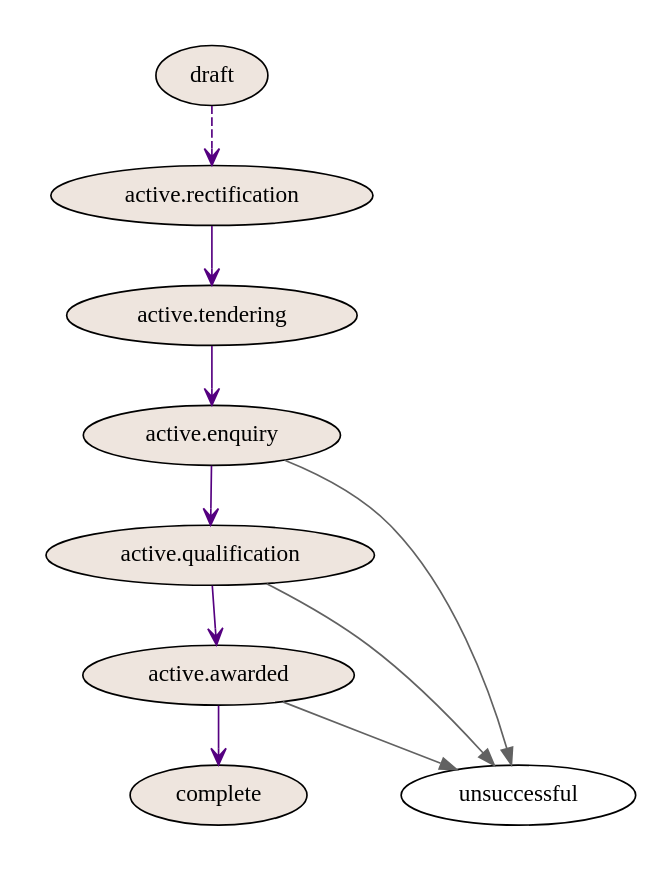
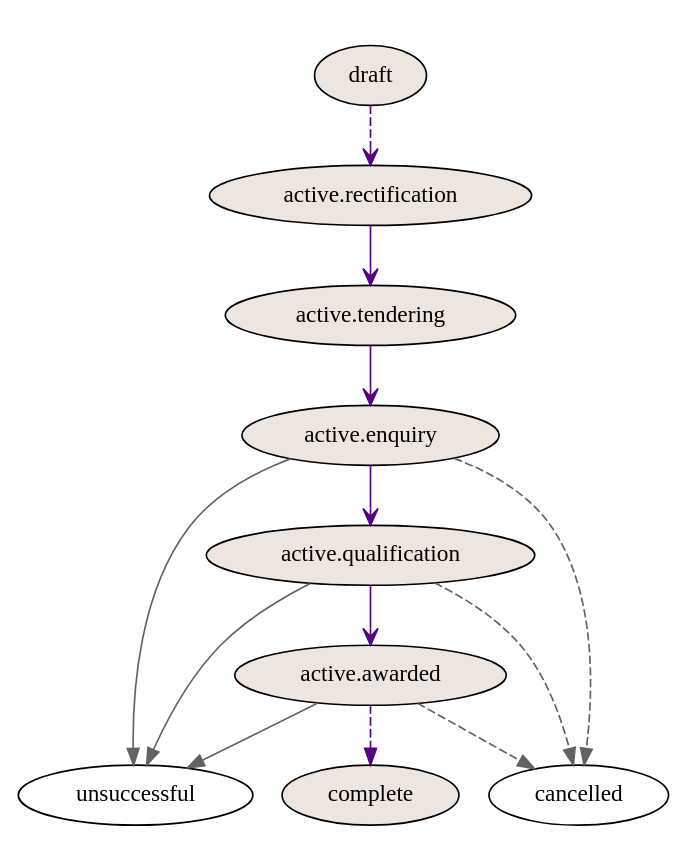
One commit to yevheniimoroziuk/openprocurement.auctions.geb changed the first of 2 diagrams in docs/source/procedureWorkflow.rst. Above: the diagram before and after it, drawn with Graphviz. The commit also changed other lines of this file and 1 other file, not shown here.

```diff
--- a/docs/source/procedureWorkflow.rst
+++ b/docs/source/procedureWorkflow.rst
@@ -16,26 +16,36 @@
 .. graphviz::
 
     digraph G {
         subgraph cluster_1 {
             node [style=filled, fillcolor=seashell2];
             edge[style=dashed,  arrowhead="vee"];
             "draft" -> "active.rectification" [color="0.7777 1.0000 0.5020"];
             edge[style=solid,  arrowhead="vee"];
             "active.rectification" -> "active.tendering" [color="0.7777 1.0000 0.5020"];
             edge[style=solid,  arrowhead="vee"];
             "active.tendering" -> "active.enquiry" [color="0.7777 1.0000 0.5020"];
             edge[style=solid,  arrowhead="vee"];
             "active.enquiry" -> "active.qualification" [color="0.7777 1.0000 0.5020"];
             edge[dir="forward"];
             "active.qualification" -> "active.awarded" [color="0.7777 1.0000 0.5020"];
-            edge[dir="forward"];
-            "active.awarded" -> "complete" [color="0.7777 1.0000 0.5020"];         
+  
         color=white;
         }
             edge[style=solid]
             "active.enquiry" -> "unsuccessful" [color="0.0000 0.0000 0.3882"];
             edge[style=solid];
             "active.qualification" -> "unsuccessful" [color="0.0000 0.0000 0.3882"];
             edge[style=solid];
             "active.awarded" -> "unsuccessful" [color="0.0000 0.0000 0.3882"];
+
+            edge[style=dashed]
+            "active.enquiry" -> "cancelled" [color="0.0000 0.0000 0.3882"];
+            edge[style=dashed];
+            "active.qualification" -> "cancelled" [color="0.0000 0.0000 0.3882"];
+            edge[style=dashed];
+            "active.awarded" -> "cancelled" [color="0.0000 0.0000 0.3882"];
+        
+        node [style=filled, fillcolor=seashell2];
+        edge[dir="forward"];
+        "active.awarded" -> "complete" [color="0.7777 1.0000 0.5020"];       
     }
```
